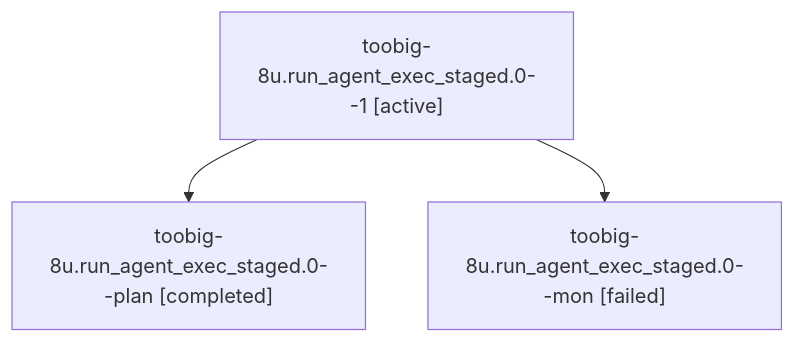
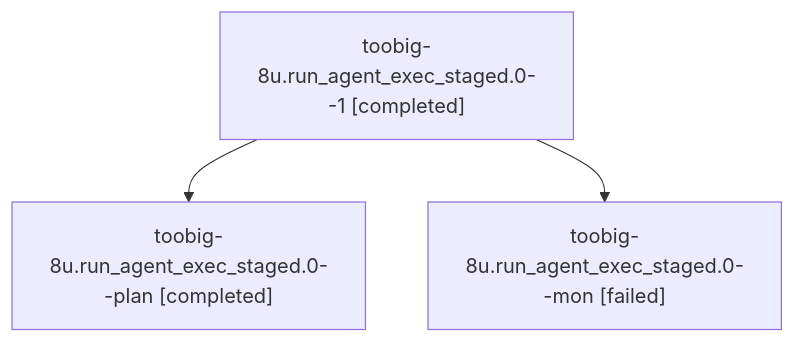
Before and after one commit to sase-org/sase--agents: the diagram in sessions/bbugyi200.athena.toobig-8u.run_agent_exec_staged.0.md, drawn with Mermaid. The commit also changed other lines of this file and 51 other files, not shown here.

````diff
--- a/sessions/bbugyi200.athena.toobig-8u.run_agent_exec_staged.0.md
+++ b/sessions/bbugyi200.athena.toobig-8u.run_agent_exec_staged.0.md
@@ -9,8 +9,8 @@
 ```mermaid
 flowchart TD
-  n0["toobig-8u.run_agent_exec_staged.0--1 [active]"]
+  n0["toobig-8u.run_agent_exec_staged.0--1 [completed]"]
   n1["toobig-8u.run_agent_exec_staged.0--plan [completed]"]
   n0 --> n1
   n2["toobig-8u.run_agent_exec_staged.0--mon [failed]"]
   n0 --> n2
 ```
````
